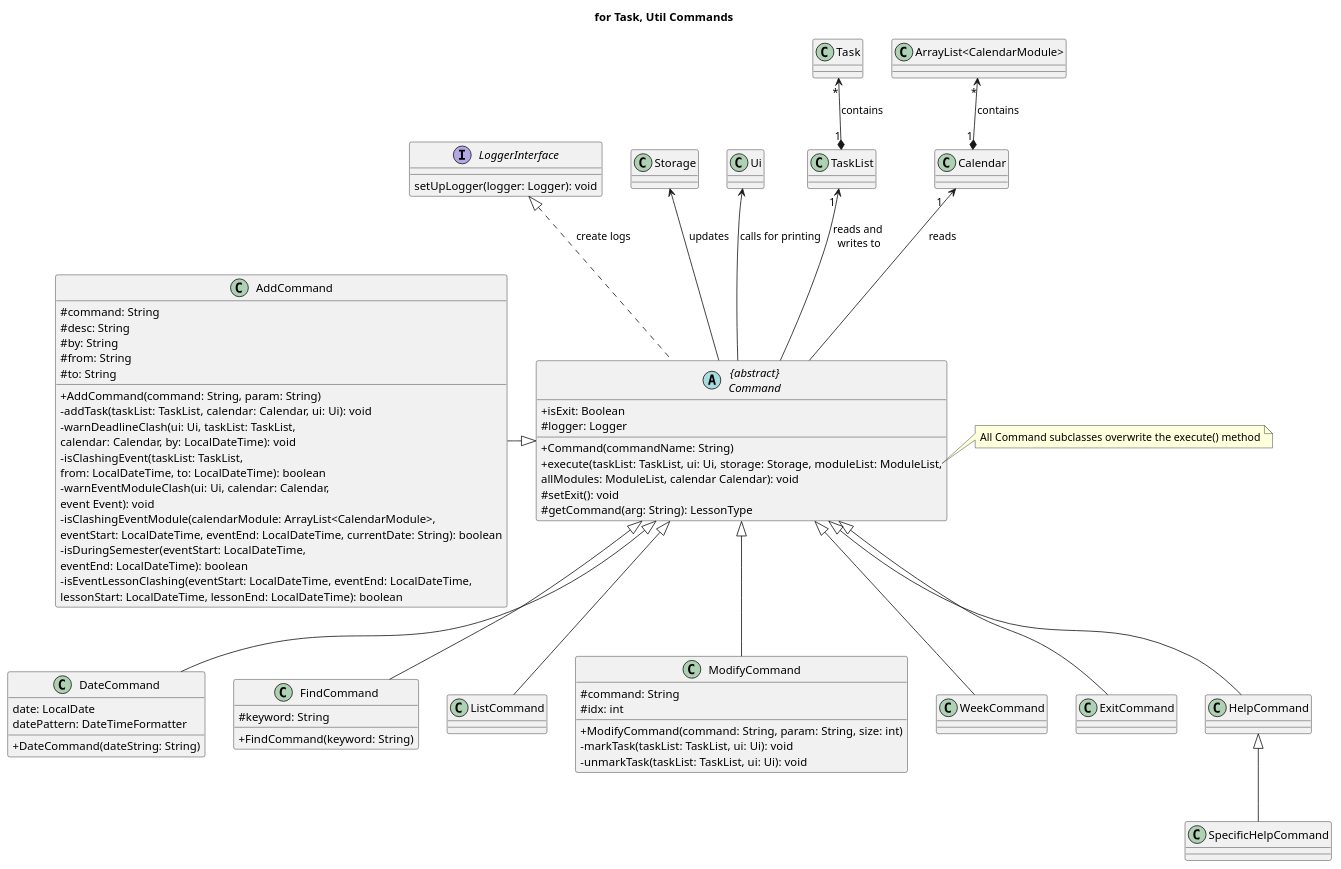
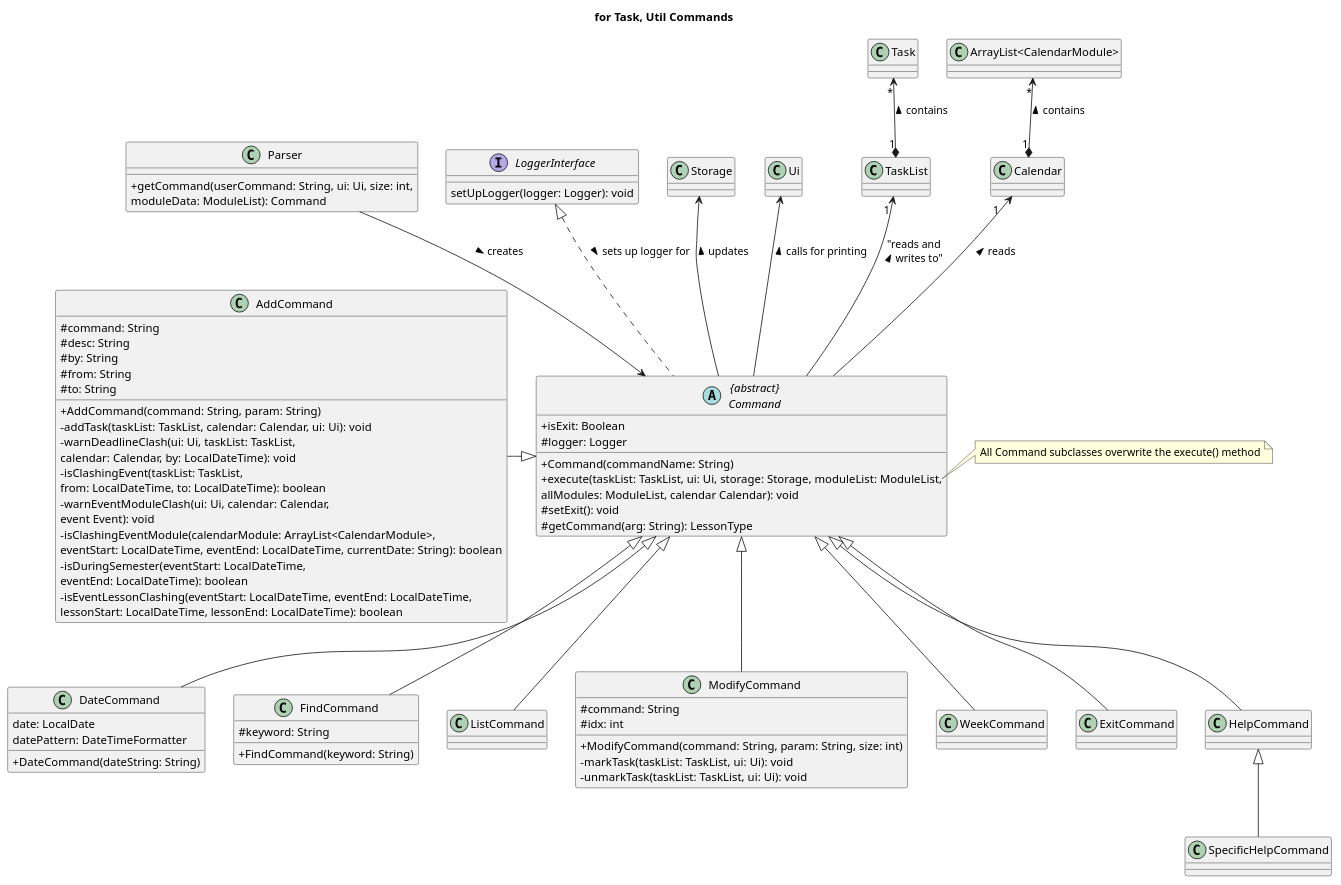
One commit to nus-cs2113-AY2223S2/tp changed the diagram in docs/uml-source/class/Command.puml. Above: the diagram before and after it, drawn with PlantUML. The commit also changed 5 other files, not shown here.

```diff
--- a/docs/uml-source/class/Command.puml
+++ b/docs/uml-source/class/Command.puml
@@ -1,95 +1,101 @@
 @startuml
 'https://plantuml.com/class-diagram
 skinparam classAttributeIconSize 0
 
 title for Task, Util Commands
 
-interface LoggerInterface {
-setUpLogger(logger: Logger): void
+class Parser {
++ getCommand(userCommand: String, ui: Ui, size: int,
+moduleData: ModuleList): Command
 }
+Parser --> Command : creates >
 
 abstract class "{abstract}\nCommand" as Command {
 + isExit: Boolean
 # logger: Logger
 + Command(commandName: String)
 + execute(taskList: TaskList, ui: Ui, storage: Storage, moduleList: ModuleList,
 allModules: ModuleList, calendar Calendar): void
 # setExit(): void
 # getCommand(arg: String): LessonType
 }
 
 note right of Command::execute
     All Command subclasses overwrite the execute() method
 end note
-LoggerInterface <|.. Command : create logs
+
+interface LoggerInterface {
+setUpLogger(logger: Logger): void
+}
+LoggerInterface <|.. Command : sets up logger for >
 
 class AddCommand {
 # command: String
 # desc: String
 # by: String
 # from: String
 # to: String
 __
 + AddCommand(command: String, param: String)
 - addTask(taskList: TaskList, calendar: Calendar, ui: Ui): void
 - warnDeadlineClash(ui: Ui, taskList: TaskList,
 calendar: Calendar, by: LocalDateTime): void
 - isClashingEvent(taskList: TaskList,
 from: LocalDateTime, to: LocalDateTime): boolean
 - warnEventModuleClash(ui: Ui, calendar: Calendar,
 event Event): void
 - isClashingEventModule(calendarModule: ArrayList<CalendarModule>,
 eventStart: LocalDateTime, eventEnd: LocalDateTime, currentDate: String): boolean
 - isDuringSemester(eventStart: LocalDateTime,
 eventEnd: LocalDateTime): boolean
 - isEventLessonClashing(eventStart: LocalDateTime, eventEnd: LocalDateTime,
 lessonStart: LocalDateTime, lessonEnd: LocalDateTime): boolean
 }
 AddCommand -|> Command
 
 class DateCommand {
 date: LocalDate
 datePattern: DateTimeFormatter
 + DateCommand(dateString: String)
 }
 Command <|-- DateCommand
 
 class FindCommand{
 # keyword: String
 + FindCommand(keyword: String)
 }
 Command <|-- FindCommand
 
 class ListCommand
 Command <|-- ListCommand
 
 class ModifyCommand{
 # command: String
 # idx: int
 +ModifyCommand(command: String, param: String, size: int)
 -markTask(taskList: TaskList, ui: Ui): void
 -unmarkTask(taskList: TaskList, ui: Ui): void
 }
 Command <|-- ModifyCommand
 
 class WeekCommand
 Command <|-- WeekCommand
 
 class ExitCommand
 Command <|-- ExitCommand
 
 class HelpCommand
 Command <|-- HelpCommand
 
 class SpecificHelpCommand
 HelpCommand <|-- SpecificHelpCommand
 
-Storage <-- Command : updates
-Ui <-- Command : calls for printing
-TaskList "1 " <-- Command : "reads and\n writes to"
-Task "*" <--* "1" TaskList : contains
-Calendar "1   " <-- Command : reads
-"ArrayList<CalendarModule>" "*" <--* "1" Calendar : contains
+Storage <-- Command : updates <
+Ui <-- Command : calls for printing <
+TaskList "1 " <-- Command : "reads and\n writes to" <
+Task "*" <--* "1" TaskList : contains <
+Calendar "1   " <-- Command : reads <
+"ArrayList<CalendarModule>" "*" <--* "1" Calendar : contains <
 
 
 @enduml
```
